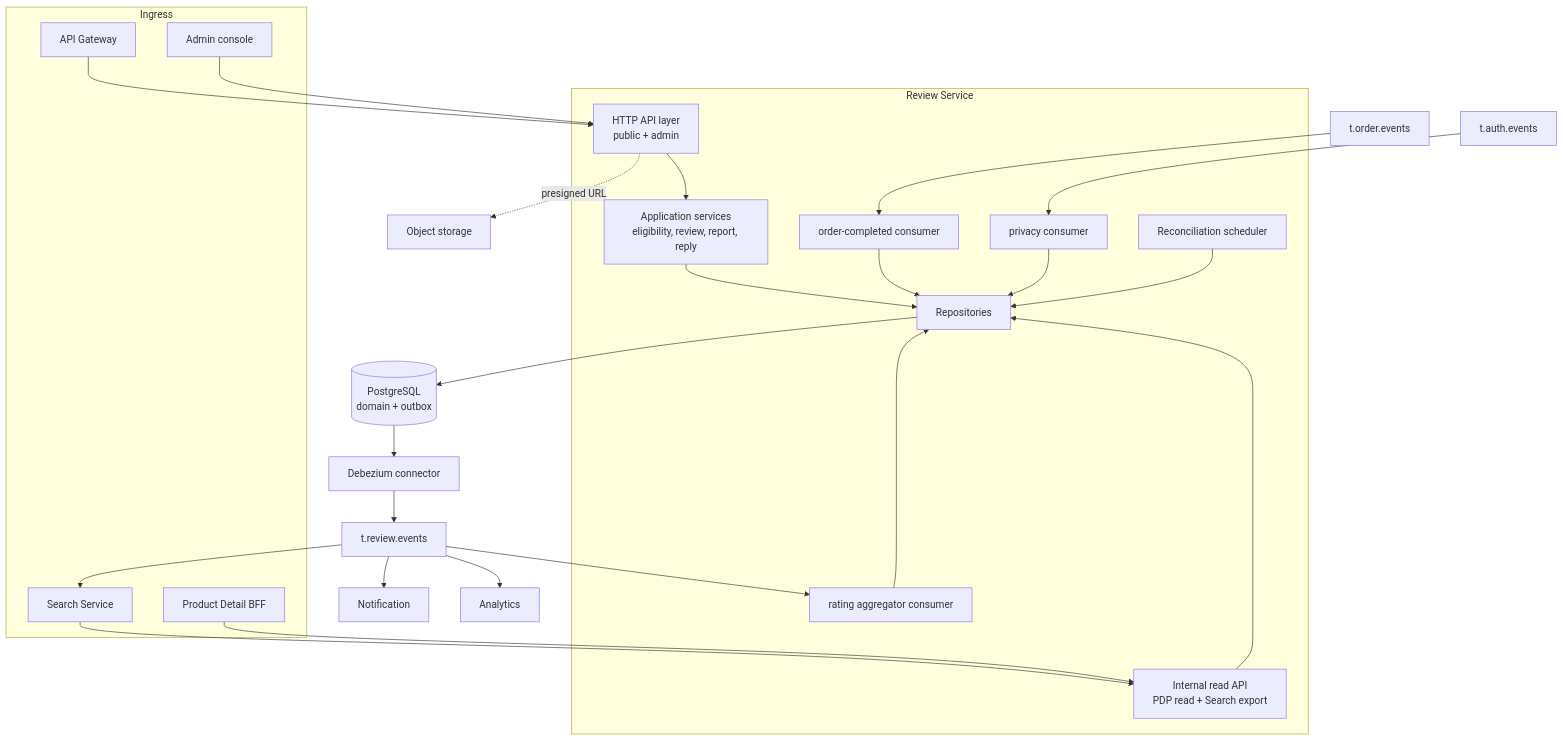
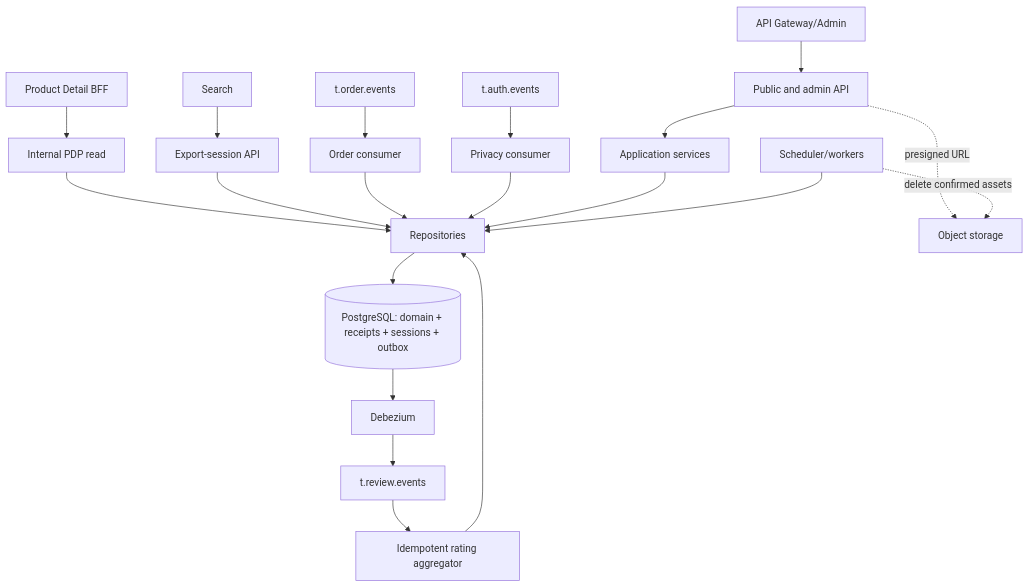
The diagram in docs/review/architecture.md (quangdung2110/e-commerce-microservices), drawn with Mermaid before and after one commit. The commit also changed other lines of this file and 18 other files, not shown here.

````diff
--- a/docs/review/architecture.md
+++ b/docs/review/architecture.md
@@ -52,47 +26,21 @@
 ```mermaid
 flowchart TB
-  subgraph Ingress
-    GW[API Gateway]
-    ADM[Admin console]
-    SRCH[Search Service]
-    PDP[Product Detail BFF]
-  end
+  GW[API Gateway/Admin] --> API[Public and admin API]
+  BFF[Product Detail BFF] --> PDP[Internal PDP read]
+  SEARCH[Search] --> EXP[Export-session API]
+  ORDER[t.order.events] --> OC[Order consumer]
+  AUTH[t.auth.events] --> PC[Privacy consumer]
 
-  subgraph ReviewService[Review Service]
-    API[HTTP API layer<br/>public + admin]
-    IAPI[Internal read API<br/>PDP read + Search export]
-    APP[Application services<br/>eligibility, review, report, reply]
-    REPO[Repositories]
-    OC[order-completed consumer]
-    PC[privacy consumer]
-    AGG[rating aggregator consumer]
-    SCHED[Reconciliation scheduler]
-  end
-
-  PG[(PostgreSQL<br/>domain + outbox)]
-  DBZ[Debezium connector]
-  KOUT[t.review.events]
-  KORD[t.order.events]
-  KAUTH[t.auth.events]
-  OBJ[Object storage]
-
-  GW --> API
-  ADM --> API
-  SRCH --> IAPI
-  PDP --> IAPI
-  API --> APP
-  IAPI --> REPO
+  API --> APP[Application services]
+  PDP --> REPO[Repositories]
+  EXP --> REPO
+  OC --> REPO
+  PC --> REPO
   APP --> REPO
-  REPO --> PG
-  API -. presigned URL .-> OBJ
-
-  KORD --> OC --> REPO
-  KAUTH --> PC --> REPO
-  PG --> DBZ --> KOUT
-  KOUT --> AGG --> REPO
-  SCHED --> REPO
-
-  KOUT --> SRCH
-  KOUT --> NOTI[Notification]
-  KOUT --> ANA[Analytics]
+  REPO --> PG[(PostgreSQL: domain + receipts + sessions + outbox)]
+  PG --> DBZ[Debezium] --> EVENTS[t.review.events]
+  EVENTS --> AGG[Idempotent rating aggregator] --> REPO
+  SCHED[Scheduler/workers] --> REPO
+  API -. presigned URL .-> OBJ[Object storage]
+  SCHED -. delete confirmed assets .-> OBJ
 ```
````
